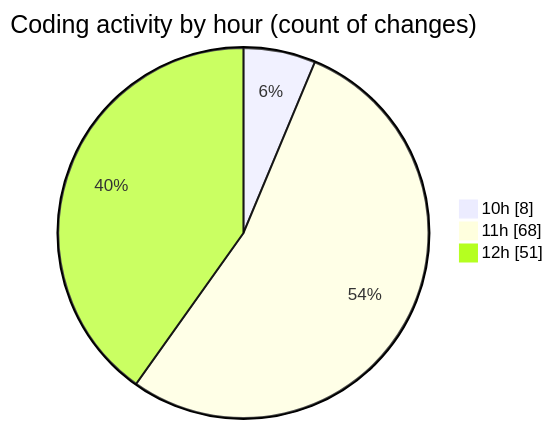
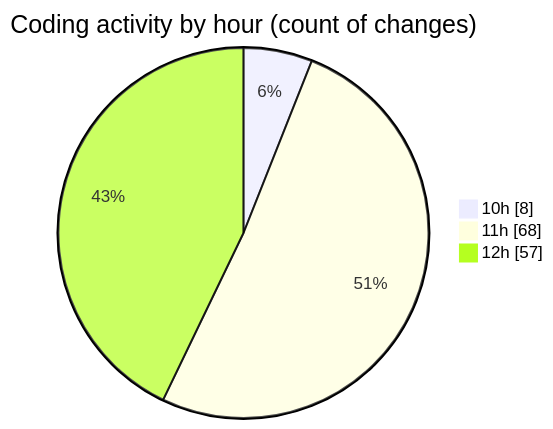
One commit to nxtqubesakshisongat/code-tracking changed the second of 2 diagrams in 2025-08-22/nxtqube_webapp/README.md. Above: the diagram before and after it, drawn with Mermaid. The commit also changed other lines of this file and 1 other file, not shown here.

````diff
--- a/2025-08-22/nxtqube_webapp/README.md
+++ b/2025-08-22/nxtqube_webapp/README.md
@@ -28,7 +28,7 @@
 ```mermaid
 pie showData
 title Coding activity by hour (count of changes)
 "10h" : 8
 "11h" : 68
-"12h" : 51
+"12h" : 57
 ```
````
